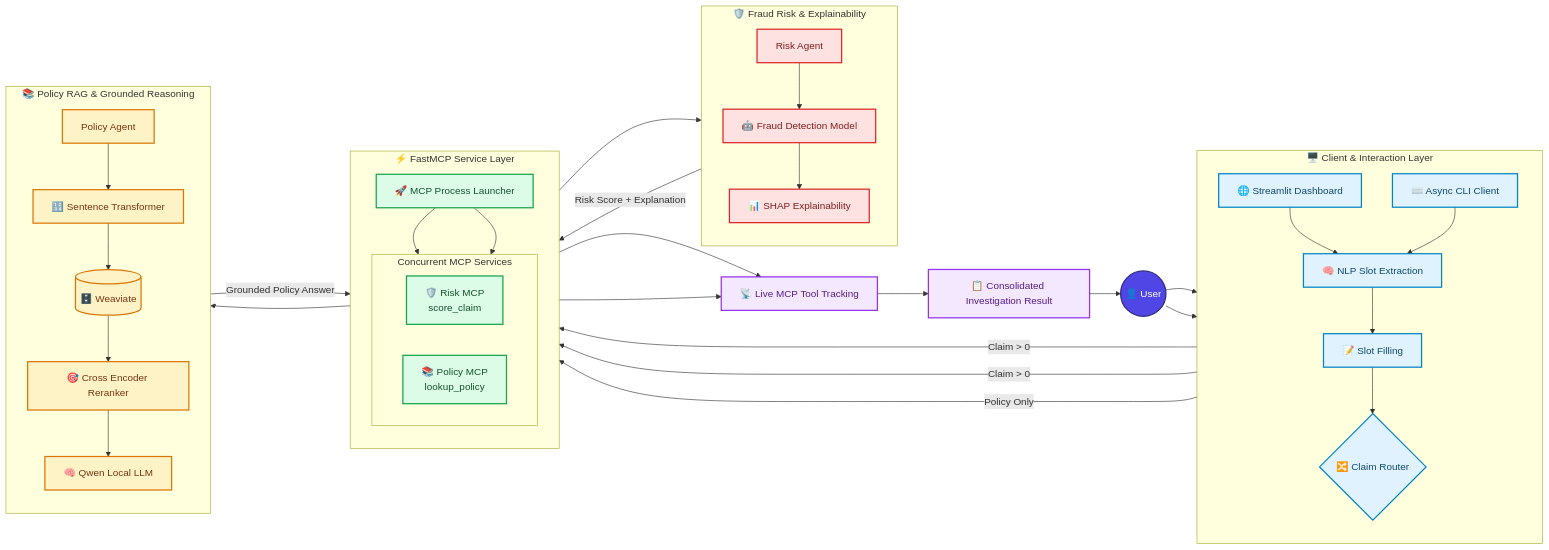
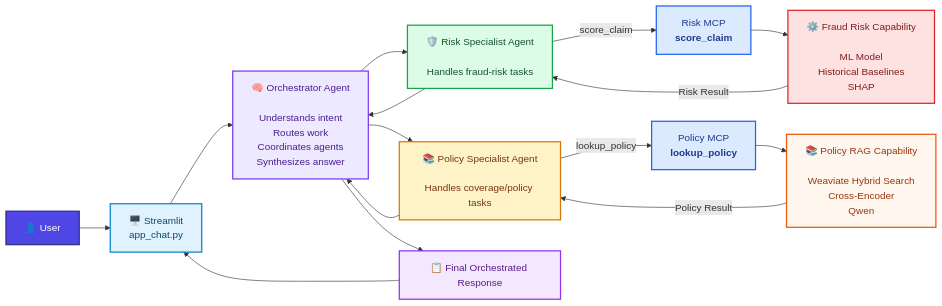
One commit to Soumiksb06/AgenticAI_training changed the first of 15 diagrams in README.md. Above: the diagram before and after it, drawn with Mermaid. The commit also changed other lines of this file and 5 other files, not shown here.

Commit message:
Updated Architecture

````diff
--- a/README.md
+++ b/README.md
@@ -9,124 +23,61 @@
 ```mermaid
 flowchart LR
 
-    %% =========================
-    %% USER & CLIENT
-    %% =========================
+    USER["👤 User"]
+    UI["🖥️ Streamlit<br/>app_chat.py"]
 
-    USER(("👤 User"))
+    ORCH["🧠 Orchestrator Agent<br/><br/>Understands intent<br/>Routes work<br/>Coordinates agents<br/>Synthesizes answer"]
 
-    subgraph CLIENT["🖥️ Client & Interaction Layer"]
-        direction TB
-        UI["🌐 Streamlit Dashboard"]
-        CLI["⌨️ Async CLI Client"]
-        NLP["🧠 NLP Slot Extraction"]
-        FORM["📝 Slot Filling"]
-        ROUTER{"🔀 Claim Router"}
-    end
+    RISK["🛡️ Risk Specialist Agent<br/><br/>Handles fraud-risk tasks"]
+    POLICY["📚 Policy Specialist Agent<br/><br/>Handles coverage/policy tasks"]
+
+    RMCP["Risk MCP<br/><b>score_claim</b>"]
+    PMCP["Policy MCP<br/><b>lookup_policy</b>"]
+
+    RISKENG["⚙️ Fraud Risk Capability<br/><br/>ML Model<br/>Historical Baselines<br/>SHAP"]
+
+    POLICYENG["📚 Policy RAG Capability<br/><br/>Weaviate Hybrid Search<br/>Cross-Encoder<br/>Qwen"]
+
+    FINAL["📋 Final Orchestrated Response"]
 
     USER --> UI
-    USER --> CLI
+    UI --> ORCH
 
-    UI --> NLP
-    CLI --> NLP
-    NLP --> FORM
-    FORM --> ROUTER
+    ORCH --> RISK
+    ORCH --> POLICY
 
+    RISK -->|score_claim| RMCP
+    POLICY -->|lookup_policy| PMCP
 
-    %% =========================
-    %% MCP LAYER
-    %% =========================
+    RMCP --> RISKENG
+    PMCP --> POLICYENG
 
-    subgraph MCP["⚡ FastMCP Service Layer"]
-        direction TB
-        LAUNCH["🚀 MCP Process Launcher"]
+    RISKENG -->|Risk Result| RISK
+    POLICYENG -->|Policy Result| POLICY
 
-        subgraph SERVICES["Concurrent MCP Services"]
-            direction LR
-            RISK_MCP["🛡️ Risk MCP<br/>score_claim"]
-            POLICY_MCP["📚 Policy MCP<br/>lookup_policy"]
-        end
-    end
+    RISK --> ORCH
+    POLICY --> ORCH
 
-    LAUNCH --> RISK_MCP
-    LAUNCH --> POLICY_MCP
-
-    ROUTER -->|"Claim > 0"| RISK_MCP
-    ROUTER -->|"Claim > 0"| POLICY_MCP
-    ROUTER -->|"Policy Only"| POLICY_MCP
-
-
-    %% =========================
-    %% RISK SYSTEM
-    %% =========================
-
-    subgraph RISK["🛡️ Fraud Risk & Explainability"]
-        direction TB
-
-        RISK_AGENT["Risk Agent"]
-        MODEL["🤖 Fraud Detection Model"]
-        SHAP["📊 SHAP Explainability"]
-
-        RISK_AGENT --> MODEL
-        MODEL --> SHAP
-    end
-
-    RISK_MCP --> RISK_AGENT
-    SHAP -->|"Risk Score + Explanation"| RISK_MCP
-
-
-    %% =========================
-    %% POLICY RAG
-    %% =========================
-
-    subgraph RAG["📚 Policy RAG & Grounded Reasoning"]
-        direction TB
-
-        POLICY_AGENT["Policy Agent"]
-        EMBED["🔢 Sentence Transformer"]
-        DB[("🗄️ Weaviate")]
-        RERANK["🎯 Cross Encoder Reranker"]
-        LLM["🧠 Qwen Local LLM"]
-
-        POLICY_AGENT --> EMBED
-        EMBED --> DB
-        DB --> RERANK
-        RERANK --> LLM
-    end
-
-    POLICY_MCP --> POLICY_AGENT
-    LLM -->|"Grounded Policy Answer"| POLICY_MCP
-
-
-    %% =========================
-    %% RESULT
-    %% =========================
-
-    STATUS["📡 Live MCP Tool Tracking"]
-    RESULT["📋 Consolidated Investigation Result"]
-
-    RISK_MCP --> STATUS
-    POLICY_MCP --> STATUS
-    STATUS --> RESULT
-    RESULT --> USER
-
-
-    %% =========================
-    %% STYLES
-    %% =========================
+    ORCH --> FINAL
+    FINAL --> UI
 
     classDef user fill:#4F46E5,color:#fff,stroke:#312E81,stroke-width:2px;
     classDef client fill:#E0F2FE,color:#0C4A6E,stroke:#0284C7,stroke-width:2px;
-    classDef mcp fill:#DCFCE7,color:#14532D,stroke:#16A34A,stroke-width:2px;
-    classDef risk fill:#FEE2E2,color:#7F1D1D,stroke:#DC2626,stroke-width:2px;
-    classDef rag fill:#FEF3C7,color:#78350F,stroke:#D97706,stroke-width:2px;
-    classDef result fill:#F3E8FF,color:#581C87,stroke:#9333EA,stroke-width:2px;
+    classDef orch fill:#EDE9FE,color:#4C1D95,stroke:#7C3AED,stroke-width:2px;
+    classDef risk fill:#DCFCE7,color:#14532D,stroke:#16A34A,stroke-width:2px;
+    classDef policy fill:#FEF3C7,color:#78350F,stroke:#D97706,stroke-width:2px;
+    classDef mcp fill:#DBEAFE,color:#1E3A8A,stroke:#2563EB,stroke-width:2px;
+    classDef backend fill:#FEE2E2,color:#7F1D1D,stroke:#DC2626,stroke-width:2px;
+    classDef backend2 fill:#FFF7ED,color:#9A3412,stroke:#EA580C,stroke-width:2px;
+    classDef final fill:#F3E8FF,color:#581C87,stroke:#9333EA,stroke-width:2px;
 
     class USER user;
-    class UI,CLI,NLP,FORM,ROUTER client;
-    class LAUNCH,RISK_MCP,POLICY_MCP mcp;
-    class RISK_AGENT,MODEL,SHAP risk;
-    class POLICY_AGENT,EMBED,DB,RERANK,LLM rag;
-    class STATUS,RESULT result;
-
+    class UI client;
+    class ORCH orch;
+    class RISK risk;
+    class POLICY policy;
+    class RMCP,PMCP mcp;
+    class RISKENG backend;
+    class POLICYENG backend2;
+    class FINAL final;
 ```
````
